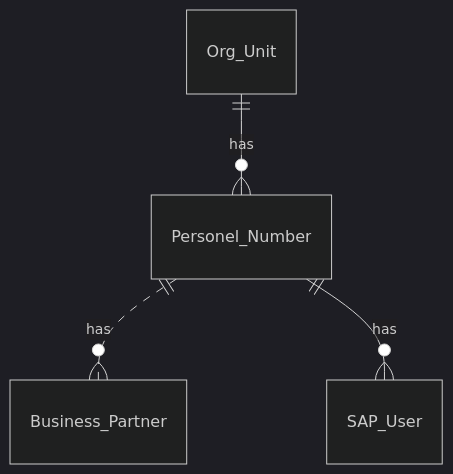
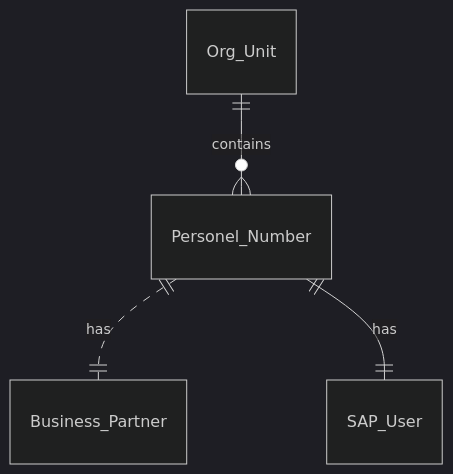
The second of 2 diagrams in ERP/PM/pm_org_levels.md (qurm/sap-diagrams), drawn with Mermaid (dark theme) before and after one commit. The commit also changed other lines of this file and 5 other files, not shown here.

````diff
--- a/ERP/PM/pm_org_levels.md
+++ b/ERP/PM/pm_org_levels.md
@@ -20,6 +21,6 @@
 ```mermaid
 erDiagram
-    Org_Unit ||--o{ Personel_Number : has 
-    Personel_Number ||..o{ Business_Partner : has 
-    Personel_Number ||--o{ SAP_User : has 
+    Org_Unit ||--o{ Personel_Number : contains 
+    Personel_Number ||..|| Business_Partner : has 
+    Personel_Number ||--|| SAP_User : has 
 ```
````
